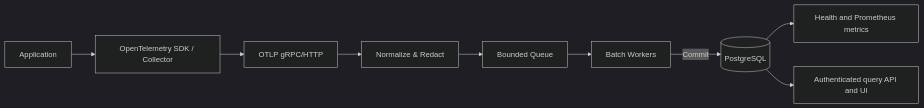
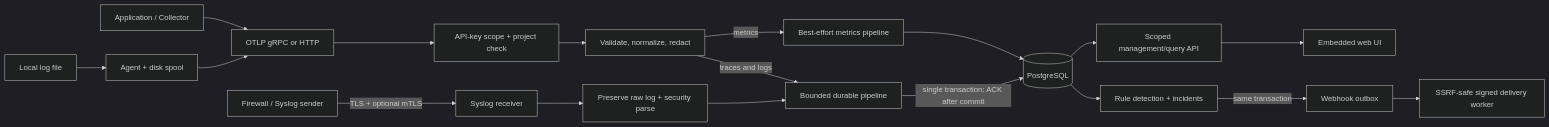
The diagram in README.md (vanquan3008/flight-recorder), drawn with Mermaid (dark theme) before and after one commit. The commit also changed other lines of this file and 18 other files, not shown here.

````diff
--- a/README.md
+++ b/README.md
@@ -16,11 +24,20 @@
 ```mermaid
 flowchart LR
-    App[Application] --> OTel[OpenTelemetry SDK / Collector]
-    OTel --> Receiver[OTLP gRPC/HTTP]
-    Receiver --> Normalize[Normalize & Redact]
-    Normalize --> Queue[Bounded Queue]
-    Queue --> Batch[Batch Workers]
-    Batch -->|Commit| PG[(PostgreSQL)]
-    PG --> Health[Health and Prometheus metrics]
-    PG --> API[Authenticated query API and UI]
+    App[Application / Collector] --> OTLP[OTLP gRPC or HTTP]
+    File[Local log file] --> Agent[Agent + disk spool]
+    Agent --> OTLP
+    Device[Firewall / Syslog sender] -->|TLS + optional mTLS| Syslog[Syslog receiver]
+    OTLP --> Auth[API-key scope + project check]
+    Auth --> Normalize[Validate, normalize, redact]
+    Normalize -->|traces and logs| Durable[Bounded durable pipeline]
+    Syslog --> Security[Preserve raw log + security parse]
+    Security --> Durable
+    Durable -->|single transaction; ACK after commit| PG[(PostgreSQL)]
+    Normalize -->|metrics| BestEffort[Best-effort metrics pipeline]
+    BestEffort --> PG
+    PG --> Detection[Rule detection + incidents]
+    Detection -->|same transaction| Outbox[Webhook outbox]
+    Outbox --> Worker[SSRF-safe signed delivery worker]
+    PG --> API[Scoped management/query API]
+    API --> UI[Embedded web UI]
 ```
````
